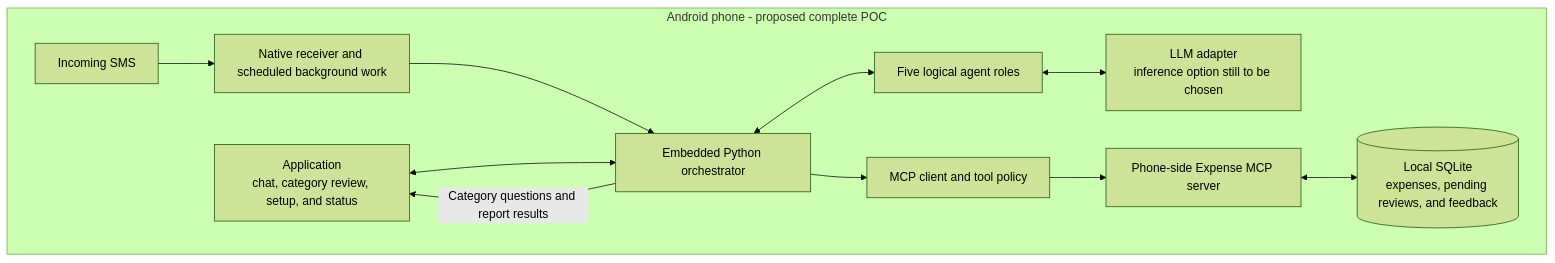
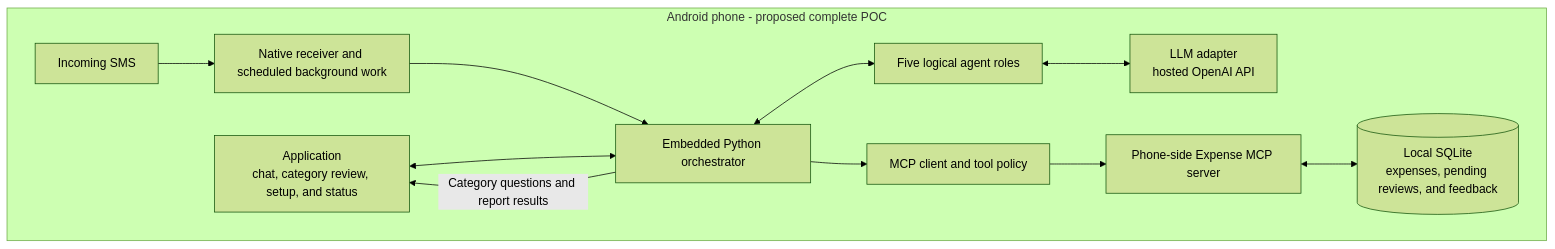
One commit to Abijith97/expense-tracker-with-mcp changed the third of 3 diagrams in README.md. Above: the diagram before and after it, drawn with Mermaid (forest theme). The commit also changed other lines of this file and 25 other files, not shown here.

````diff
--- a/README.md
+++ b/README.md
@@ -81,22 +109,22 @@
 ```mermaid
 flowchart TB
     subgraph Phone[Android phone - proposed complete POC]
         UI[Application<br/>chat, category review, setup, and status]
         SMS[Incoming SMS]
         Work[Native receiver and scheduled background work]
         Orchestrator[Embedded Python orchestrator]
         Agents[Five logical agent roles]
-        Model[LLM adapter<br/>inference option still to be chosen]
+        Model[LLM adapter<br/>hosted OpenAI API]
         Client[MCP client and tool policy]
         Server[Phone-side Expense MCP server]
         DB[(Local SQLite<br/>expenses, pending reviews, and feedback)]
 
         SMS --> Work --> Orchestrator
         UI <--> Orchestrator
         Orchestrator <--> Agents
         Agents <--> Model
         Orchestrator --> Client --> Server
         Server <--> DB
         Orchestrator -->|Category questions and report results| UI
     end
 ```
````
